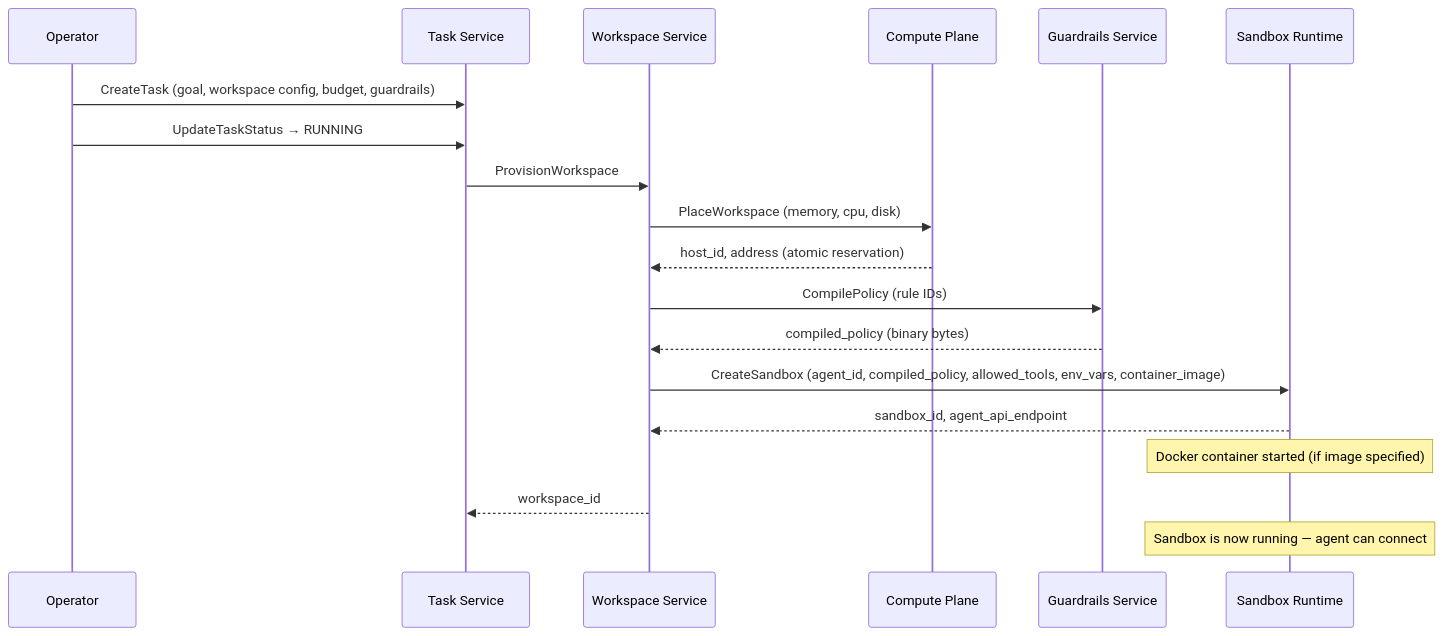
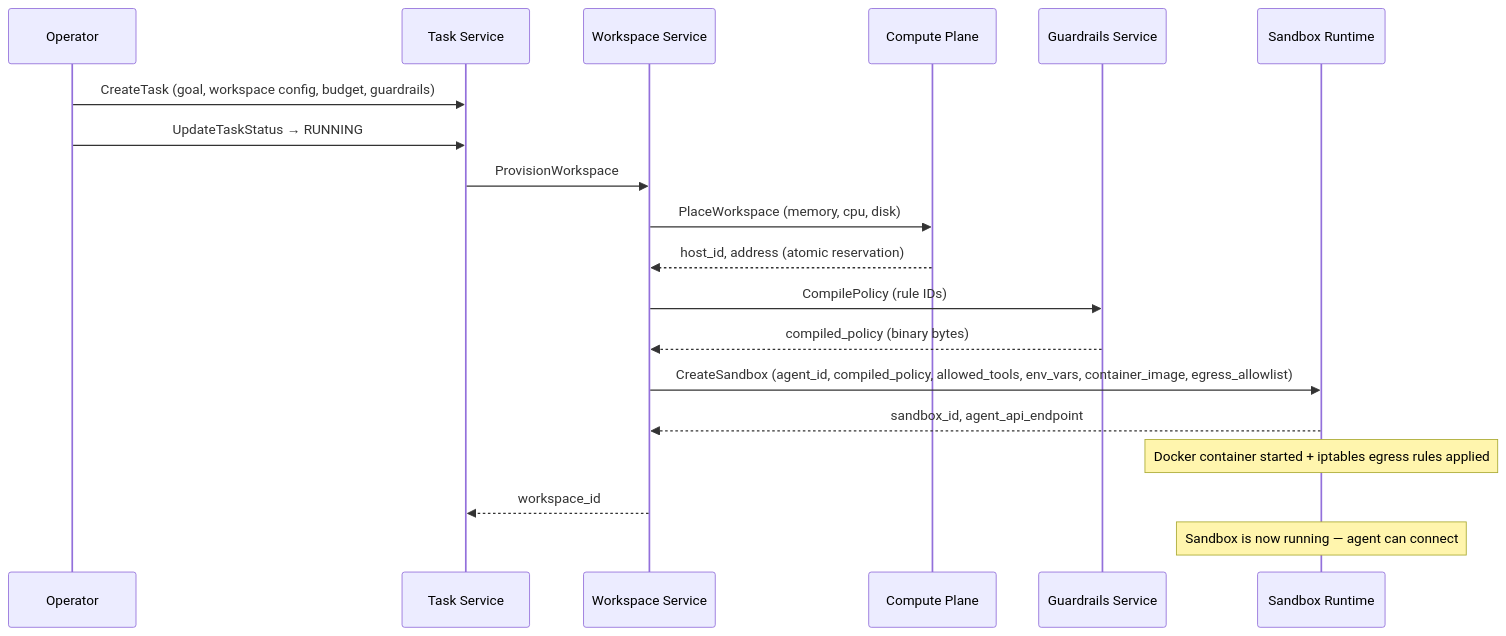
One commit to Baselyne-Systems/agent-sandbox-platform changed the second of 4 diagrams in README.md. Above: the diagram before and after it, drawn with Mermaid. The commit also changed other lines of this file and 18 other files, not shown here.

````diff
--- a/README.md
+++ b/README.md
@@ -72,24 +73,24 @@
 ```mermaid
 sequenceDiagram
     participant Op as Operator
     participant Task as Task Service
     participant WS as Workspace Service
     participant Compute as Compute Plane
     participant Guard as Guardrails Service
     participant RT as Sandbox Runtime
 
     Op->>Task: CreateTask (goal, workspace config, budget, guardrails)
     Op->>Task: UpdateTaskStatus → RUNNING
 
     Task->>WS: ProvisionWorkspace
     WS->>Compute: PlaceWorkspace (memory, cpu, disk)
     Compute-->>WS: host_id, address (atomic reservation)
     WS->>Guard: CompilePolicy (rule IDs)
     Guard-->>WS: compiled_policy (binary bytes)
-    WS->>RT: CreateSandbox (agent_id, compiled_policy, allowed_tools, env_vars, container_image)
+    WS->>RT: CreateSandbox (agent_id, compiled_policy, allowed_tools, env_vars, container_image, egress_allowlist)
     RT-->>WS: sandbox_id, agent_api_endpoint
-    Note over RT: Docker container started (if image specified)
+    Note over RT: Docker container started + iptables egress rules applied
     WS-->>Task: workspace_id
 
     Note over RT: Sandbox is now running — agent can connect
 ```
````
